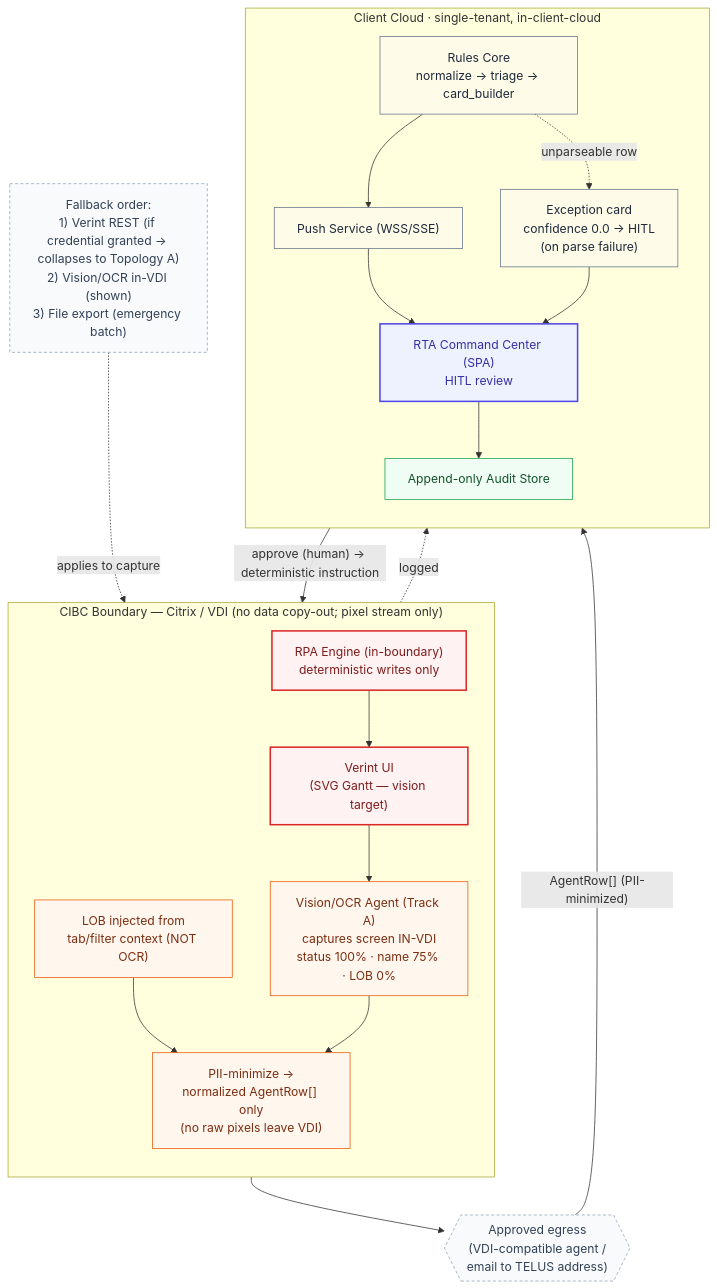
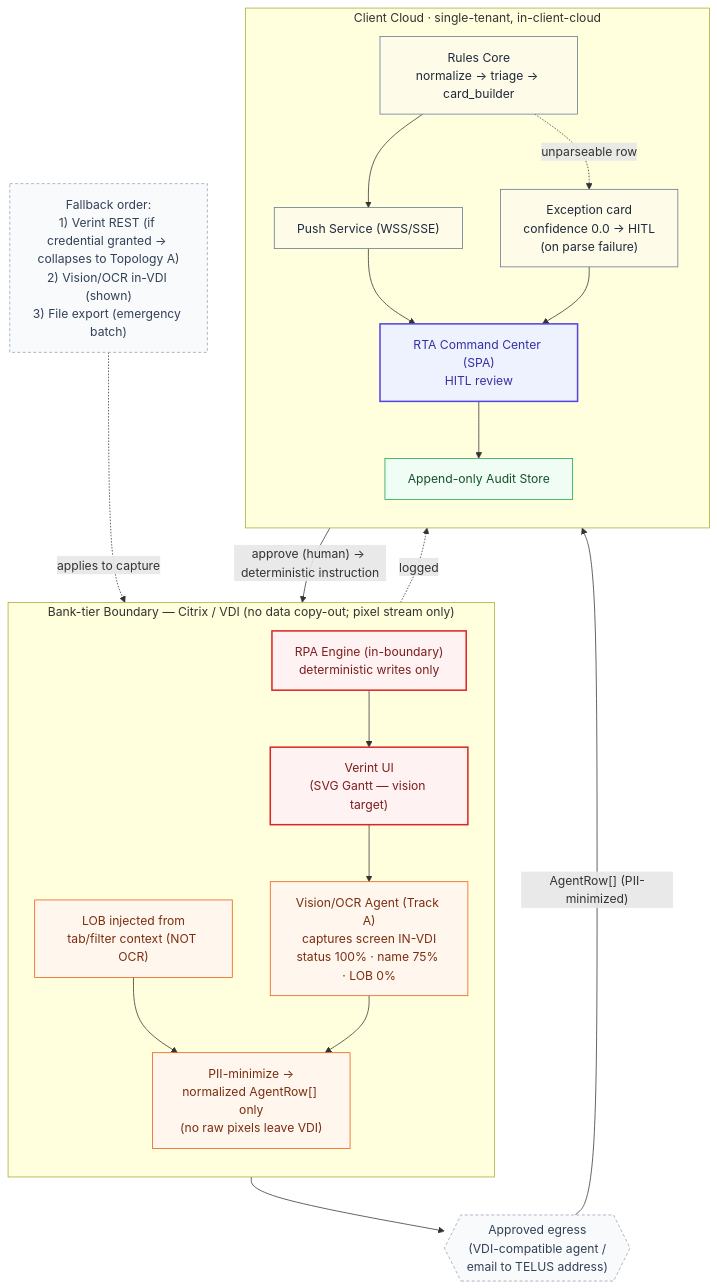
Before and after one commit to MateusPoatek/RTA_Command_Center: the third of 5 diagrams in POC_Redefined/docs/engineering/CONNECTOR_CATALOG.md, drawn with Mermaid. The commit also changed other lines of this file and 150 other files, not shown here.

````diff
--- a/POC_Redefined/docs/engineering/CONNECTOR_CATALOG.md
+++ b/POC_Redefined/docs/engineering/CONNECTOR_CATALOG.md
@@ -191,53 +191,53 @@
 ```mermaid
 flowchart TB
 
-    subgraph VDI ["CIBC Boundary — Citrix / VDI  (no data copy-out; pixel stream only)"]
+    subgraph VDI ["Bank-tier Boundary — Citrix / VDI  (no data copy-out; pixel stream only)"]
         direction TB
         VerintPix["Verint UI\n(SVG Gantt — vision target)"]
         VisionAgent["Vision/OCR Agent (Track A)\ncaptures screen IN-VDI\nstatus 100% · name 75% · LOB 0%"]
         LOBctx["LOB injected from\ntab/filter context (NOT OCR)"]
         Minimize["PII-minimize ->\nnormalized AgentRow[] only\n(no raw pixels leave VDI)"]
         RPAin["RPA Engine (in-boundary)\ndeterministic writes only"]
         VerintPix --> VisionAgent
         LOBctx --> Minimize
         VisionAgent --> Minimize
     end
 
     Egress{{"Approved egress\n(VDI-compatible agent /\nemail to TELUS address)"}}
 
     subgraph TENANT ["Client Cloud · single-tenant, in-client-cloud"]
         direction TB
         Core["Rules Core\nnormalize -> triage -> card_builder"]
         Except["Exception card\nconfidence 0.0 -> HITL\n(on parse failure)"]
         Push["Push Service (WSS/SSE)"]
         CC["RTA Command Center (SPA)\nHITL review"]
         Audit["Append-only Audit Store"]
         Core --> Push --> CC
         Core -. "unparseable row" .-> Except --> CC
         CC --> Audit
     end
 
     Minimize --> Egress
     Egress --> |"AgentRow[] (PII-minimized)"| Core
     CC --> |"approve (human) -> deterministic instruction"| RPAin
     RPAin --> VerintPix
     RPAin -. "logged" .-> Audit
 
     %% Fallback order for this environment
     Note["Fallback order:\n1) Verint REST (if credential granted -> collapses to Topology A)\n2) Vision/OCR in-VDI (shown)\n3) File export (emergency batch)"]
     Note -. "applies to capture" .-> VisionAgent
 
     classDef boundary fill:#fef2f2,stroke:#dc2626,stroke-width:2px,color:#7f1d1d
     classDef vision   fill:#fff7ed,stroke:#ea580c,color:#7c2d12
     classDef core     fill:#fefce8,stroke:#64748b,color:#1e293b
     classDef store    fill:#f0fdf4,stroke:#16a34a,color:#14532d
     classDef hitl     fill:#eef2ff,stroke:#4f46e5,stroke-width:2px,color:#3730a3
     classDef note     fill:#f8fafc,stroke:#94a3b8,stroke-dasharray:4 3,color:#334155
 
     class VerintPix,RPAin boundary
     class VisionAgent,LOBctx,Minimize vision
     class Core,Push,Except core
     class Audit store
     class CC hitl
     class Note,Egress note
 ```
````
